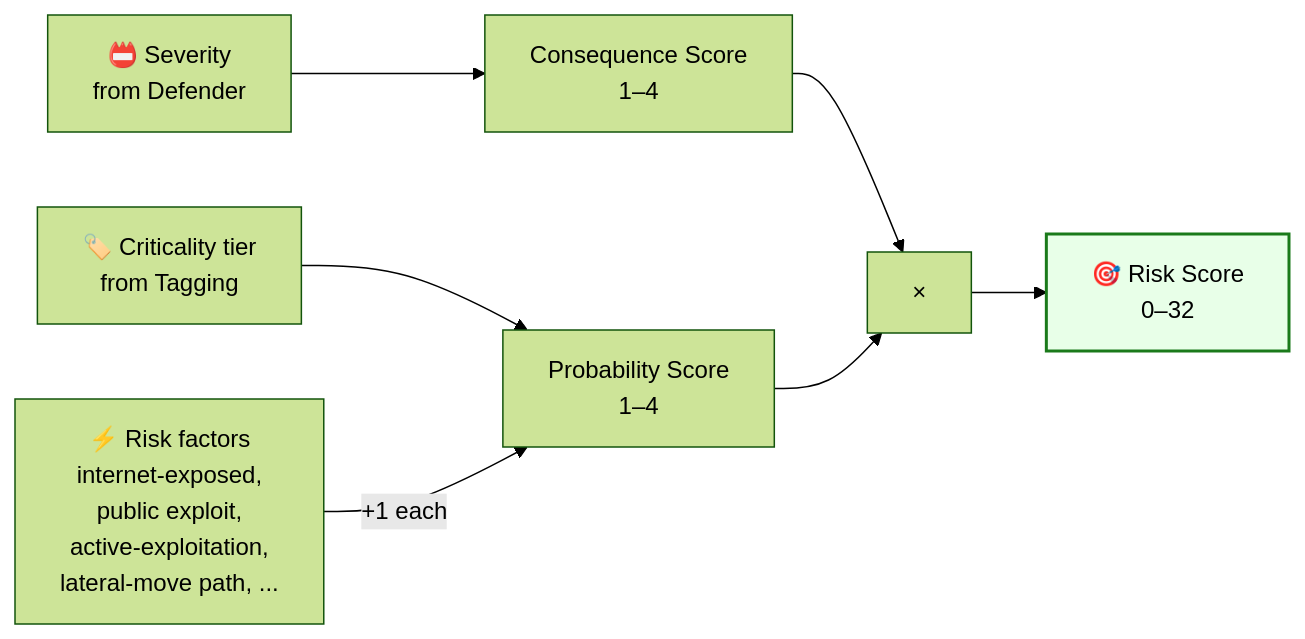
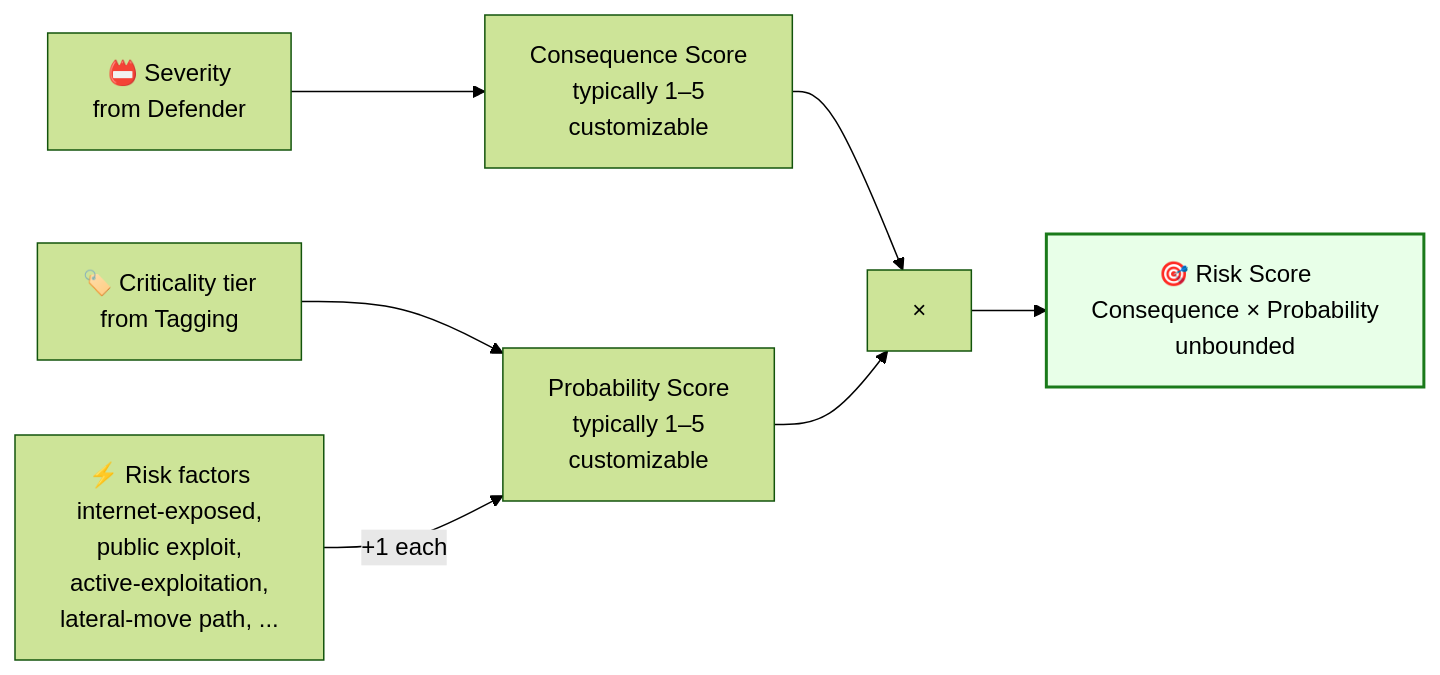
The second of 8 diagrams in README.md (KnudsenMorten/SecurityInsight), drawn with Mermaid (forest theme) before and after one commit. The commit also changed other lines of this file and 3 other files, not shown here.

````diff
--- a/README.md
+++ b/README.md
@@ -160,10 +160,10 @@
 ```mermaid
 flowchart LR
-    SEV[📛 Severity<br/>from Defender] --> CONS[Consequence Score<br/>1–4]
-    CRIT[🏷️ Criticality tier<br/>from Tagging] --> PROB[Probability Score<br/>1–4]
+    SEV[📛 Severity<br/>from Defender] --> CONS[Consequence Score<br/>typically 1–5<br/>customizable]
+    CRIT[🏷️ Criticality tier<br/>from Tagging] --> PROB[Probability Score<br/>typically 1–5<br/>customizable]
     RF[⚡ Risk factors<br/>internet-exposed,<br/>public exploit,<br/>active-exploitation,<br/>lateral-move path, ...] -->|+1 each| PROB
     CONS --> MULT[× ]
     PROB --> MULT
-    MULT --> SCORE[🎯 Risk Score<br/>0–32]
+    MULT --> SCORE[🎯 Risk Score<br/>Consequence × Probability<br/>unbounded]
     style SCORE fill:#e8ffe8,stroke:#1a7a1a,stroke-width:2px
 ```
````
